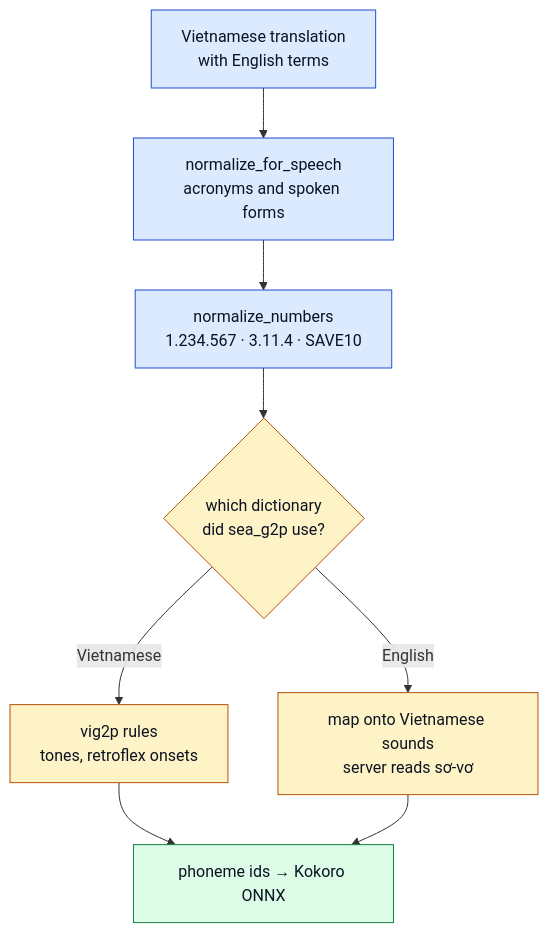
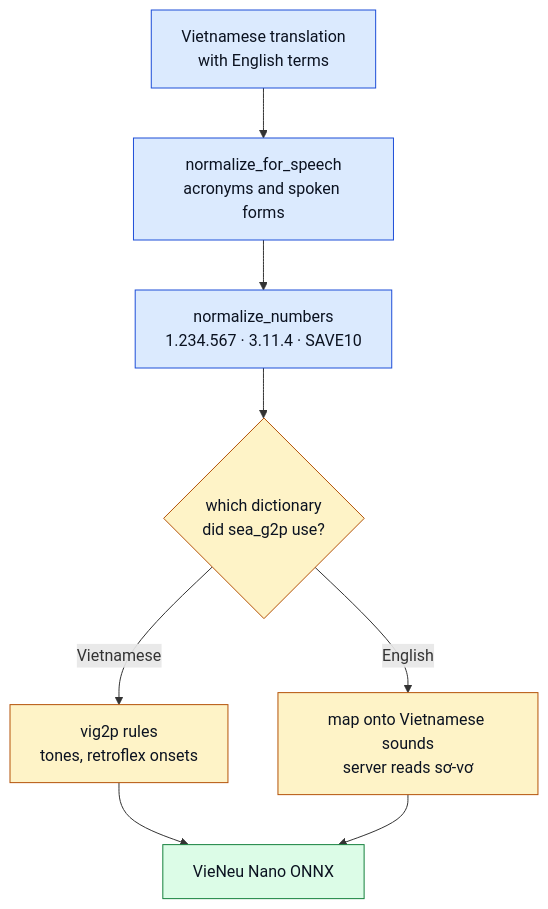
Before and after one commit to AIAI-Laboratory/ai-vietnamese-dubbing: the fourth of 6 diagrams in README.md, drawn with Mermaid. The commit also changed other lines of this file and 3 other files, not shown here.

````diff
--- a/README.md
+++ b/README.md
@@ -191,17 +191,17 @@
 ```mermaid
 flowchart TD
     A["Vietnamese translation<br/>with English terms"] --> B["normalize_for_speech<br/>acronyms and spoken forms"]
     B --> C["normalize_numbers<br/>1.234.567 · 3.11.4 · SAVE10"]
     C --> D{"which dictionary<br/>did sea_g2p use?"}
     D -->|Vietnamese| E["vig2p rules<br/>tones, retroflex onsets"]
     D -->|English| F["map onto Vietnamese sounds<br/>server reads sơ-vơ"]
-    E --> G["phoneme ids → Kokoro ONNX"]
+    E --> G["VieNeu Nano ONNX"]
     F --> G
 
     classDef prep fill:#dbeafe,stroke:#1d4ed8,color:#0b1220
     classDef choice fill:#fef3c7,stroke:#b45309,color:#0b1220
     classDef out fill:#dcfce7,stroke:#15803d,color:#0b1220
     class A,B,C prep
     class D,E,F choice
     class G out
 ```
````
